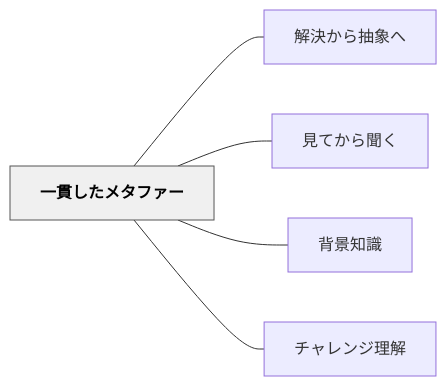
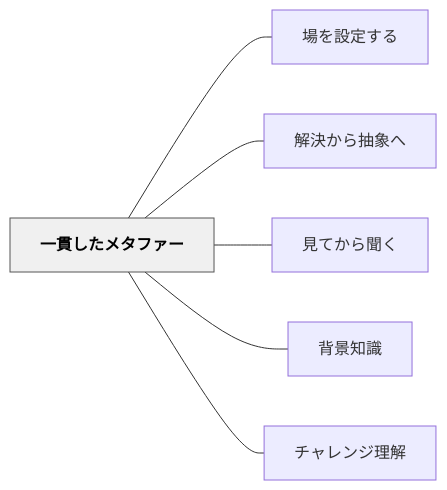
One commit to unknownthings-ed-patterns/unknownthings-ed-patterns changed the diagram in content/パタン/一貫したメタファー.md. Above: the diagram before and after it, drawn with Mermaid. The commit also changed other lines of this file and 473 other files, not shown here.

````diff
--- a/content/パタン/一貫したメタファー.md
+++ b/content/パタン/一貫したメタファー.md
@@ -80,16 +81,18 @@
 ```mermaid
 flowchart LR
     ne4b880e8b2ab["一貫したメタファー"]
+    ne5a0b4e38292["場を設定する"]
     ne8a7a3e6b1ba["解決から抽象へ"]
     ne8a68be381a6["見てから聞く"]
     ne8838ce699af["背景知識"]
     ne38381e383a3["チャレンジ理解"]
 
+    ne4b880e8b2ab --- ne5a0b4e38292
     ne4b880e8b2ab --- ne8a7a3e6b1ba
     ne4b880e8b2ab --- ne8a68be381a6
     ne4b880e8b2ab --- ne8838ce699af
     ne4b880e8b2ab --- ne38381e383a3
 
     classDef hub fill:#f0f0f0,stroke:#555,color:#000,font-weight:bold
     class ne4b880e8b2ab hub
 ```
````
